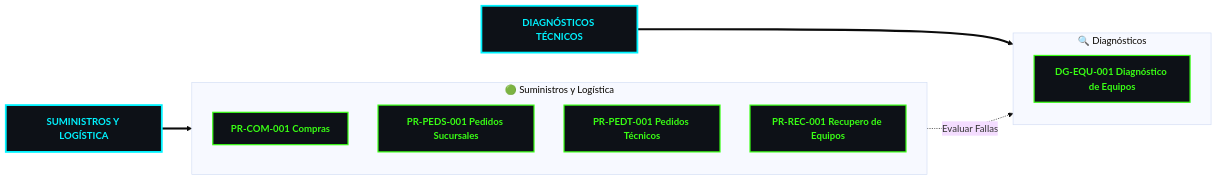
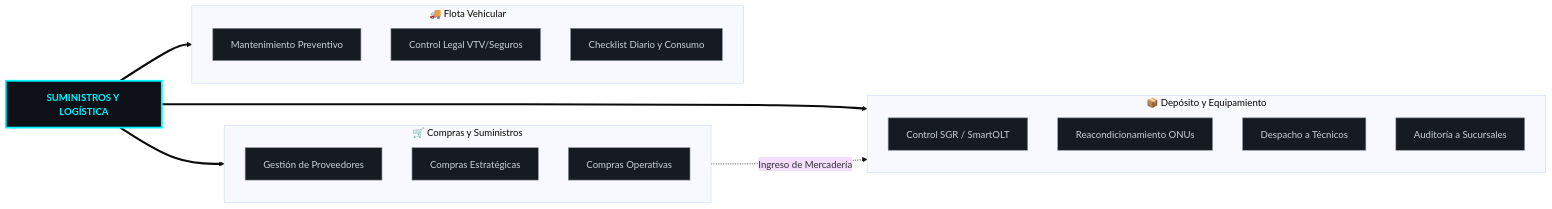
One commit to elingenierok/procedimientos-isp changed the diagram in docs/index.md. Above: the diagram before and after it, drawn with Mermaid (base theme). The commit also changed other lines of this file, not shown here.

Commit message:
Update documentation for Operational Map

```diff
--- a/docs/index.md
+++ b/docs/index.md
@@ -3,38 +3,42 @@
 <div class="mermaid">
 graph LR
     classDef area fill:#0d1117,stroke:#00f3ff,stroke-width:3px,color:#00f3ff,font-weight:bold;
-    classDef activo fill:#0d1117,stroke:#39ff14,stroke-width:2px,color:#39ff14,font-weight:bold;
+    classDef subvertical fill:#161b22,stroke:#39ff14,stroke-width:2px,color:#39ff14,font-weight:bold;
+    classDef tarea fill:#161b22,stroke:#8b949e,stroke-width:1px,color:#c9d1d9,border-radius:5px;
 
-    %% Bloques Raíz (Áreas)
+    %% Bloque Raíz
     SL[<b>SUMINISTROS Y LOGÍSTICA</b>]:::area
-    DG[<b>DIAGNÓSTICOS TÉCNICOS</b>]:::area
 
-    %% Subgráfico S&L
-    subgraph S_L ["🟢 Suministros y Logística"]
+    %% Sub-Vertical 1
+    subgraph SV1 ["🛒 Compras y Suministros"]
         direction TB
-        COM[PR-COM-001 Compras]:::activo
-        PEDS[PR-PEDS-001 Pedidos Sucursales]:::activo
-        PEDT[PR-PEDT-001 Pedidos Técnicos]:::activo
-        REC[PR-REC-001 Recupero de Equipos]:::activo
+        C1[Gestión de Proveedores]:::tarea
+        C2[Compras Estratégicas]:::tarea
+        C3[Compras Operativas]:::tarea
     end
 
-    %% Subgráfico Diagnósticos
-    subgraph DIAG ["🔍 Diagnósticos"]
+    %% Sub-Vertical 2
+    subgraph SV2 ["📦 Depósito y Equipamiento"]
         direction TB
-        DGEQU[DG-EQU-001 Diagnóstico de Equipos]:::activo
+        D1[Control SGR / SmartOLT]:::tarea
+        D2[Reacondicionamiento ONUs]:::tarea
+        D3[Despacho a Técnicos]:::tarea
+        D4[Auditoría a Sucursales]:::tarea
+    end
+
+    %% Sub-Vertical 3
+    subgraph SV3 ["🚚 Flota Vehicular"]
+        direction TB
+        F1[Mantenimiento Preventivo]:::tarea
+        F2[Control Legal VTV/Seguros]:::tarea
+        F3[Checklist Diario y Consumo]:::tarea
     end
 
     %% Conexiones
-    SL ==> S_L
-    DG ==> DIAG
-
-    %% Enlace cruzado (Ejemplo: Recupero deriva a Diagnóstico)
-    REC -.->|Evaluar Fallas| DGEQU
-
-    %% Links
-    click COM "suministros-logistica/PR-COM-001/"
-    click PEDS "suministros-logistica/PR-PEDS-001/"
-    click PEDT "suministros-logistica/PR-PEDT-001/"
-    click REC "suministros-logistica/PR-REC-001/"
-    click DGEQU "diagnosticos/DG-EQU-001/"
+    SL ==> SV1
+    SL ==> SV2
+    SL ==> SV3
+    
+    %% Relaciones operativas (Ejemplo: Compras nutre al depósito)
+    SV1 -.->|Ingreso de Mercadería| SV2
 </div>
```
